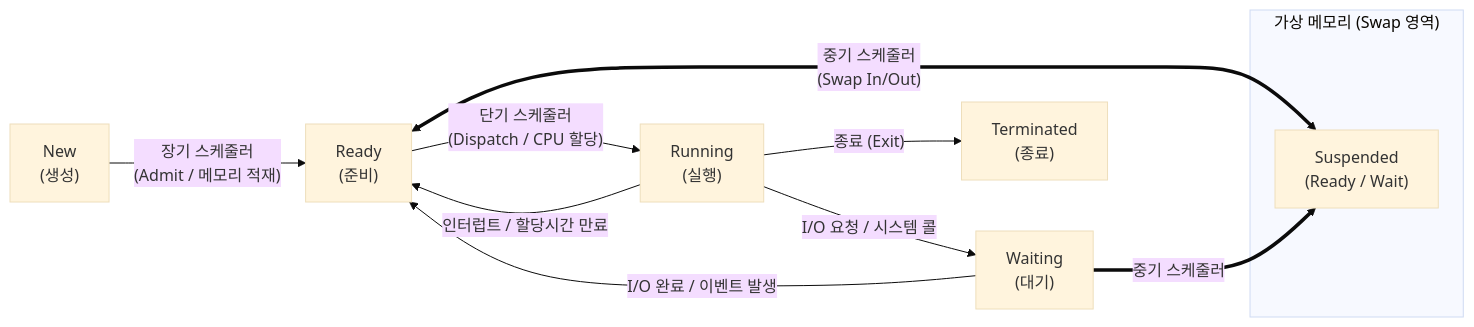
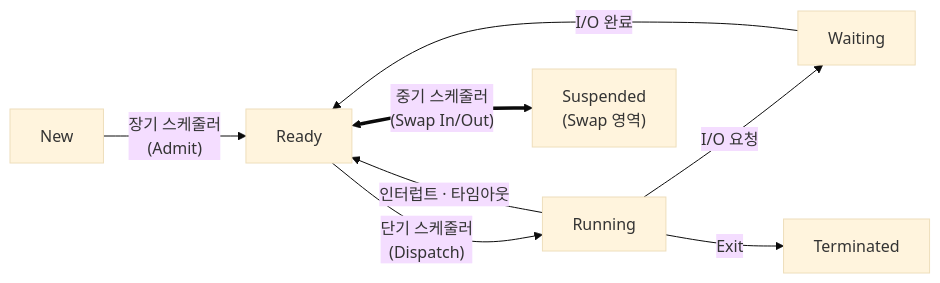
Before and after one commit to supremethumb/supremethumb.github.io: the diagram in content/01_IT Tech/스케줄링.md, drawn with Mermaid (base theme). The commit also changed other lines of this file and 1087 other files, not shown here.

````diff
--- a/content/01_IT Tech/스케줄링.md
+++ b/content/01_IT Tech/스케줄링.md
@@ -27,24 +37,10 @@
 ```mermaid
 flowchart LR
-    New["New<br/>(생성)"]
-    Ready["Ready<br/>(준비)"]
-    Running["Running<br/>(실행)"]
-    Waiting["Waiting<br/>(대기)"]
-    Terminated["Terminated<br/>(종료)"]
-
-    New -- "장기 스케줄러<br/>(Admit / 메모리 적재)" --> Ready
-    Ready -- "단기 스케줄러<br/>(Dispatch / CPU 할당)" --> Running
-    Running -- "인터럽트 / 할당시간 만료" --> Ready
-    Running -- "I/O 요청 / 시스템 콜" --> Waiting
-    Waiting -- "I/O 완료 / 이벤트 발생" --> Ready
-    Running -- "종료 (Exit)" --> Terminated
-
-    subgraph Swap_Space ["가상 메모리 (Swap 영역)"]
-        Suspended["Suspended<br/>(Ready / Wait)"]
-    end
-    
-    Ready <== "중기 스케줄러<br/>(Swap In/Out)" ==> Suspended
-    Waiting == "중기 스케줄러" ==> Suspended
-
-
+    New["New"] -- "장기 스케줄러<br/>(Admit)" --> Ready["Ready"]
+    Ready -- "단기 스케줄러<br/>(Dispatch)" --> Running["Running"]
+    Running -- "인터럽트 · 타임아웃" --> Ready
+    Running -- "I/O 요청" --> Waiting["Waiting"]
+    Waiting -- "I/O 완료" --> Ready
+    Running -- "Exit" --> Term["Terminated"]
+    Ready <== "중기 스케줄러<br/>(Swap In/Out)" ==> Susp["Suspended<br/>(Swap 영역)"]
 ```
````
